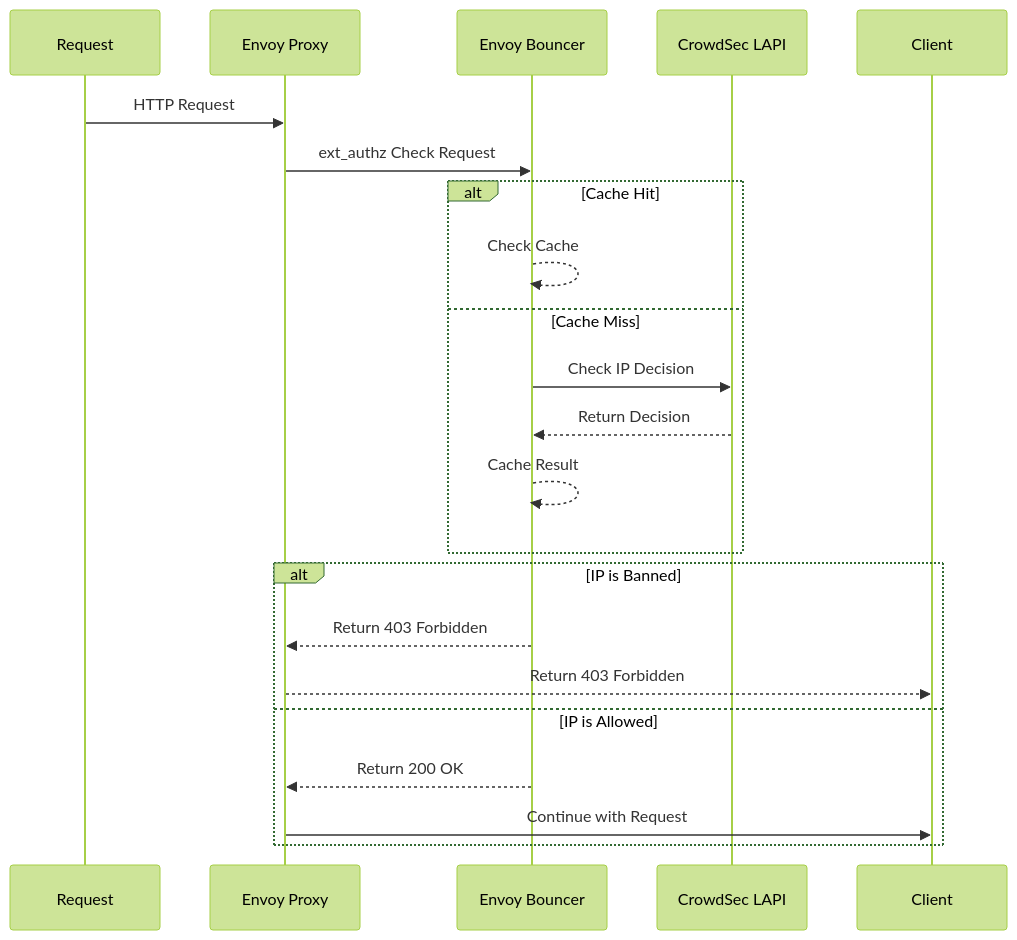
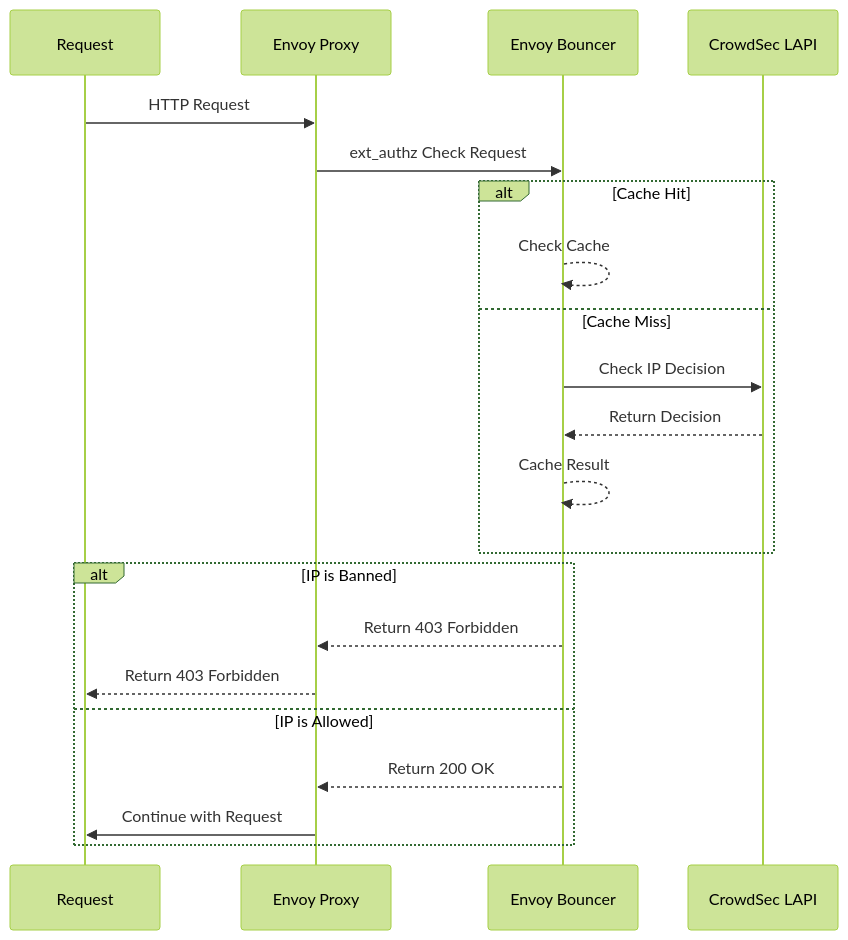
Before and after one commit to kdwils/envoy-proxy-crowdsec-bouncer: the diagram in README.md, drawn with Mermaid (forest theme).

````diff
--- a/README.md
+++ b/README.md
@@ -11,26 +11,26 @@
 ```mermaid
 sequenceDiagram
     participant Request
     participant Envoy as Envoy Proxy
     participant Bouncer as Envoy Bouncer
     participant LAPI as CrowdSec LAPI
 
     Request->>Envoy: HTTP Request
     Envoy->>Bouncer: ext_authz Check Request
     
     alt Cache Hit
         Bouncer-->>Bouncer: Check Cache
     else Cache Miss
         Bouncer->>LAPI: Check IP Decision
         LAPI-->>Bouncer: Return Decision
         Bouncer-->>Bouncer: Cache Result
     end
 
     alt IP is Banned
         Bouncer-->>Envoy: Return 403 Forbidden
-        Envoy-->>Client: Return 403 Forbidden
+        Envoy-->>Request: Return 403 Forbidden
     else IP is Allowed
         Bouncer-->>Envoy: Return 200 OK
-        Envoy->>Client: Continue with Request
+        Envoy->>Request: Continue with Request
     end
 ```
````
